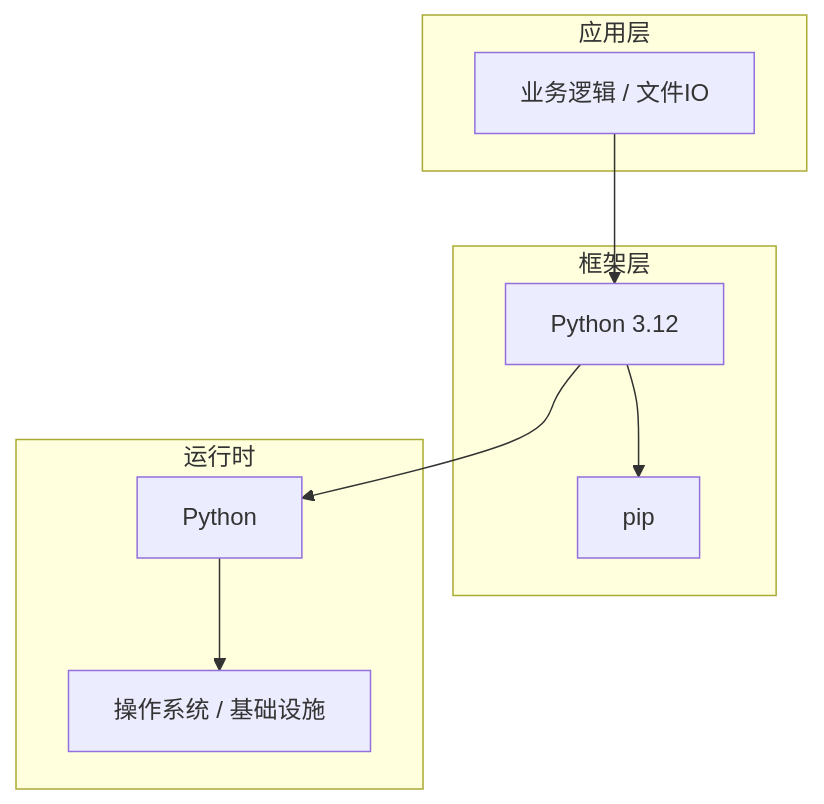
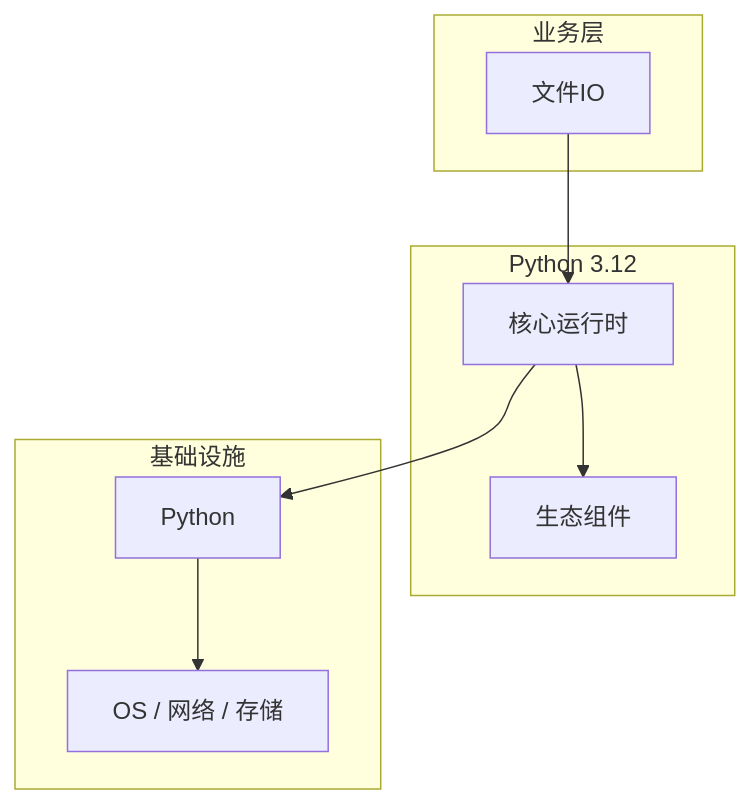
The diagram in articles/Python核心/chapters/097-文件IO核心概念与原理.md (yanggan2015/knowledge-json-v2), drawn with Mermaid before and after one commit. The commit also changed other lines of this file and 10127 other files, not shown here.

````diff
--- a/articles/Python核心/chapters/097-文件IO核心概念与原理.md
+++ b/articles/Python核心/chapters/097-文件IO核心概念与原理.md
@@ -45,18 +34,18 @@
 ```mermaid
 graph TB
-    subgraph 应用层
-        A[业务逻辑 / 文件IO]
+    subgraph 业务层
+        A[文件IO]
     end
-    subgraph 框架层
-        B[Python 3.12]
-        C[pip]
+    subgraph Python 3.12
+        B[核心运行时]
+        C[生态组件]
     end
-    subgraph 运行时
+    subgraph 基础设施
         D[Python]
-        E[操作系统 / 基础设施]
+        E[OS / 网络 / 存储]
     end
     A --> B
     B --> C
     B --> D
     D --> E
 ```
````
